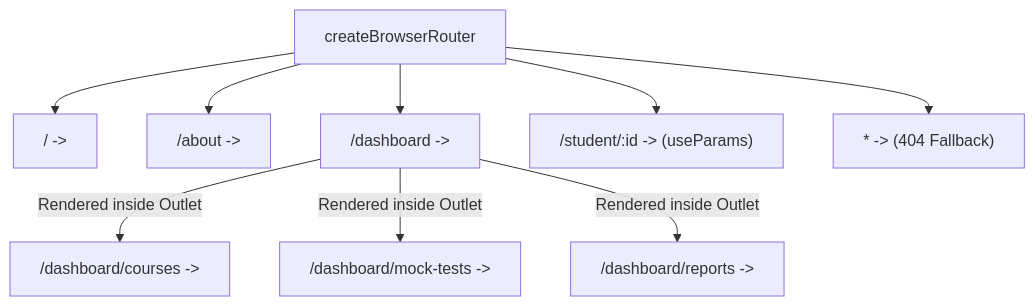
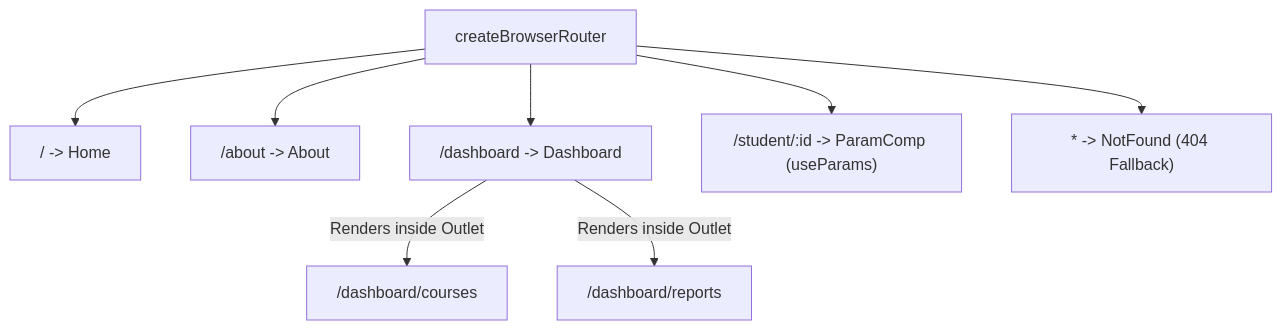
Before and after one commit to spant671-ux/React2: the tenth of 11 diagrams in notes.md, drawn with Mermaid. The commit also changed other lines of this file and 1 other file, not shown here.

````diff
--- a/notes.md
+++ b/notes.md
@@ -941,12 +481,12 @@
 ```mermaid
 graph TD
-    Root["createBrowserRouter"] --> HomeRoute["/ -> <Home />"]
-    Root --> AboutRoute["/about -> <About />"]
-    Root --> DashRoute["/dashboard -> <Dashboard />"]
-    Root --> DynamicRoute["/student/:id -> <ParamComp /> (useParams)"]
-    Root --> CatchAll["* -> <NotFound /> (404 Fallback)"]
+    Router["createBrowserRouter"]
+    Router --> Home["/ -> Home"]
+    Router --> About["/about -> About"]
+    Router --> Dash["/dashboard -> Dashboard"]
+    Router --> Param["/student/:id -> ParamComp (useParams)"]
+    Router --> CatchAll["* -> NotFound (404 Fallback)"]
 
-    DashRoute -->|Rendered inside Outlet| Child1["/dashboard/courses -> <Courses />"]
-    DashRoute -->|Rendered inside Outlet| Child2["/dashboard/mock-tests -> <MockTest />"]
-    DashRoute -->|Rendered inside Outlet| Child3["/dashboard/reports -> <Reports />"]
+    Dash -->|Renders inside Outlet| Sub1["/dashboard/courses"]
+    Dash -->|Renders inside Outlet| Sub2["/dashboard/reports"]
 ```
````
